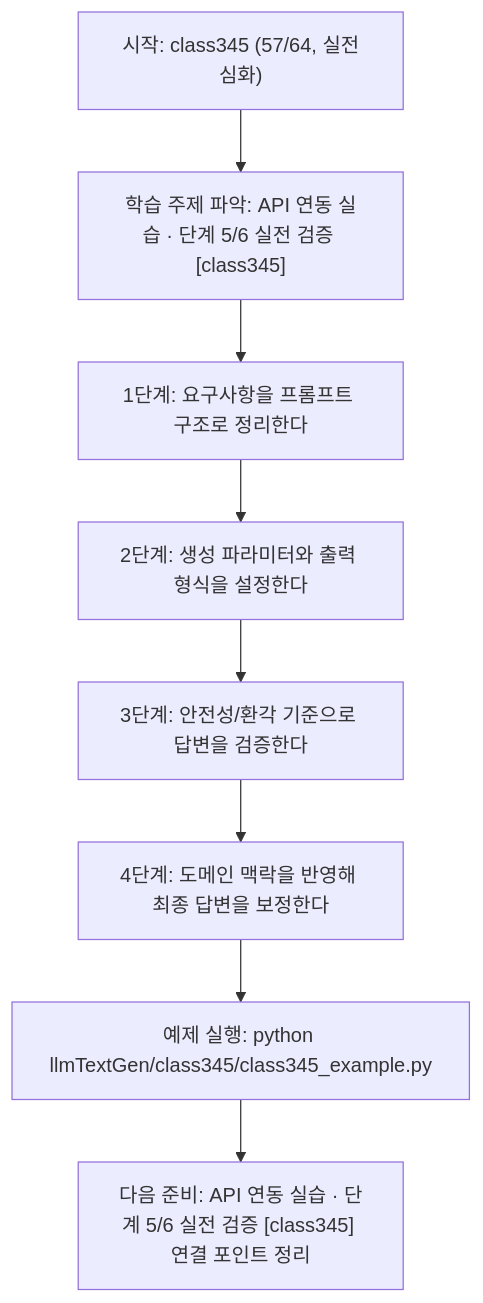
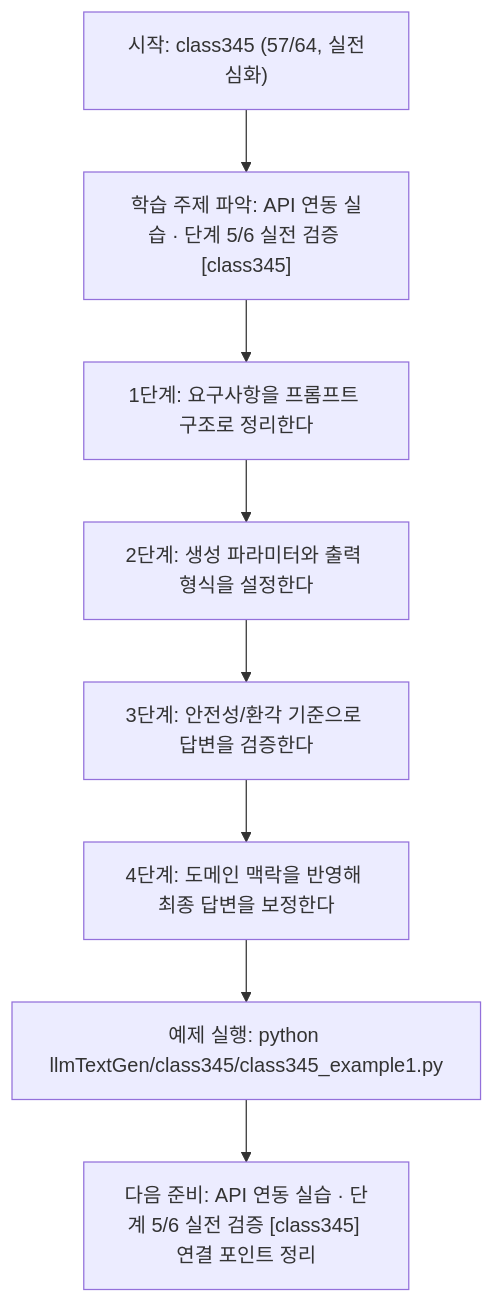
One commit to edumgt/Python-AI_Agent-Class changed the diagram in llmTextGen/class345/class345.md. Above: the diagram before and after it, drawn with Mermaid. The commit also changed other lines of this file and 2959 other files, not shown here.

````diff
--- a/llmTextGen/class345/class345.md
+++ b/llmTextGen/class345/class345.md
@@ -114,18 +114,18 @@
 ```mermaid
 flowchart TD
 N1["시작: class345 (57/64, 실전심화)"]
 N2["학습 주제 파악: API 연동 실습 · 단계 5/6 실전 검증 [class345]"]
 N3["1단계: 요구사항을 프롬프트 구조로 정리한다"]
 N4["2단계: 생성 파라미터와 출력 형식을 설정한다"]
 N5["3단계: 안전성/환각 기준으로 답변을 검증한다"]
 N6["4단계: 도메인 맥락을 반영해 최종 답변을 보정한다"]
-N7["예제 실행: python llmTextGen/class345/class345_example.py"]
+N7["예제 실행: python llmTextGen/class345/class345_example1.py"]
 N8["다음 준비: API 연동 실습 · 단계 5/6 실전 검증 [class345] 연결 포인트 정리"]
 N1 --> N2
 N2 --> N3
 N3 --> N4
 N4 --> N5
 N5 --> N6
 N6 --> N7
 N7 --> N8
 ```
````
